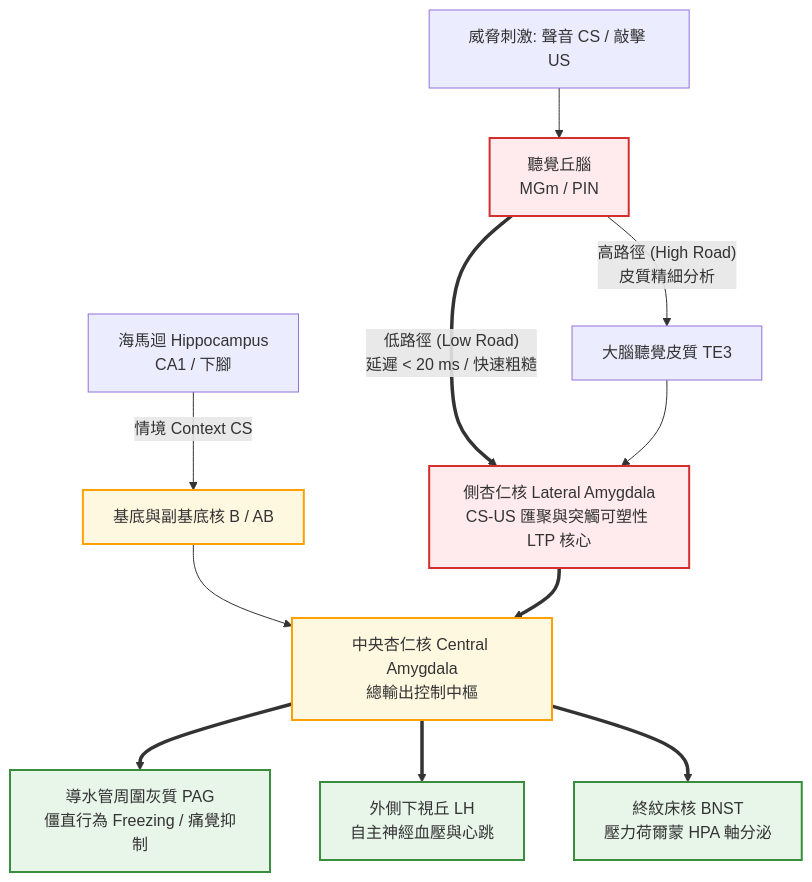
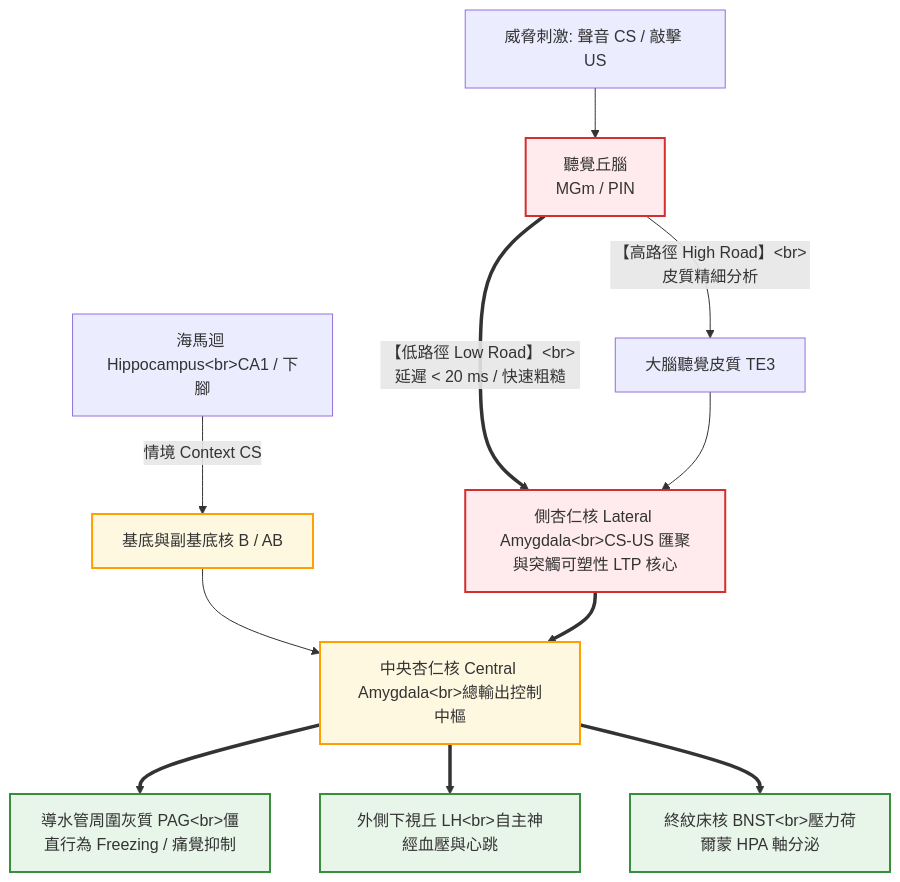
One commit to sasa0905/10 changed the diagram in wiki/sources/ledoux-2000-emotion-circuits.md. Above: the diagram before and after it, drawn with Mermaid. The commit also changed 48 other files, not shown here.

Commit message:
fix: resolve all Mermaid syntax errors, uncompress SVG vector charts, and ensure 15px sharp font rendering

````diff
--- a/wiki/sources/ledoux-2000-emotion-circuits.md
+++ b/wiki/sources/ledoux-2000-emotion-circuits.md
@@ -43,28 +43,28 @@
 ```mermaid
 graph TD
-    STIM[威脅刺激: 聲音 CS / 敲擊 US] --> THAL[聽覺丘腦<br>MGm / PIN]
+    STIM["威脅刺激: 聲音 CS / 敲擊 US"] --> THAL["聽覺丘腦<br>MGm / PIN"]
     
     %% Dual Route
-    THAL ==>|"低路徑 (Low Road)<br>延遲 < 20 ms / 快速粗糙"| LA[側杏仁核 Lateral Amygdala<br>CS-US 匯聚與突觸可塑性 LTP 核心]
-    THAL -->|"高路徑 (High Road)<br>皮質精細分析"| CORTEX[大腦聽覺皮質 TE3]
+    THAL == "【低路徑 Low Road】&lt;br&gt;延遲 &lt; 20 ms / 快速粗糙" ==> LA["側杏仁核 Lateral Amygdala&lt;br&gt;CS-US 匯聚與突觸可塑性 LTP 核心"]
+    THAL -->|"【高路徑 High Road】&lt;br&gt;皮質精細分析"| CORTEX["大腦聽覺皮質 TE3"]
     CORTEX --> LA
     
     %% Context
-    HIPP[海馬迴 Hippocampus<br>CA1 / 下腳] -->|"情境 Context CS"| B_AB[基底與副基底核 B / AB]
-    B_AB --> CE[中央杏仁核 Central Amygdala<br>總輸出控制中樞]
+    HIPP["海馬迴 Hippocampus&lt;br&gt;CA1 / 下腳"] -->|"情境 Context CS"| B_AB["基底與副基底核 B / AB"]
+    B_AB --> CE["中央杏仁核 Central Amygdala&lt;br&gt;總輸出控制中樞"]
     
     %% Intra-amygdala
     LA ==> CE
     
     %% Outputs
-    CE ==> PAG[導水管周圍灰質 PAG<br>僵直行為 Freezing / 痛覺抑制]
-    CE ==> LH[外側下視丘 LH<br>自主神經血壓與心跳]
-    CE ==> BNST[終紋床核 BNST<br>壓力荷爾蒙 HPA 軸分泌]
+    CE ==> PAG["導水管周圍灰質 PAG&lt;br&gt;僵直行為 Freezing / 痛覺抑制"]
+    CE ==> LH["外側下視丘 LH&lt;br&gt;自主神經血壓與心跳"]
+    CE ==> BNST["終紋床核 BNST&lt;br&gt;壓力荷爾蒙 HPA 軸分泌"]
 
     classDef fast fill:#ffebee,stroke:#d32f2f,stroke-width:2px;
     classDef main fill:#fff8e1,stroke:#ffa000,stroke-width:2px;
     classDef out fill:#e8f5e9,stroke:#388e3c,stroke-width:2px;
     class THAL,LA fast;
     class B_AB,CE main;
     class PAG,LH,BNST out;
 ```
````
